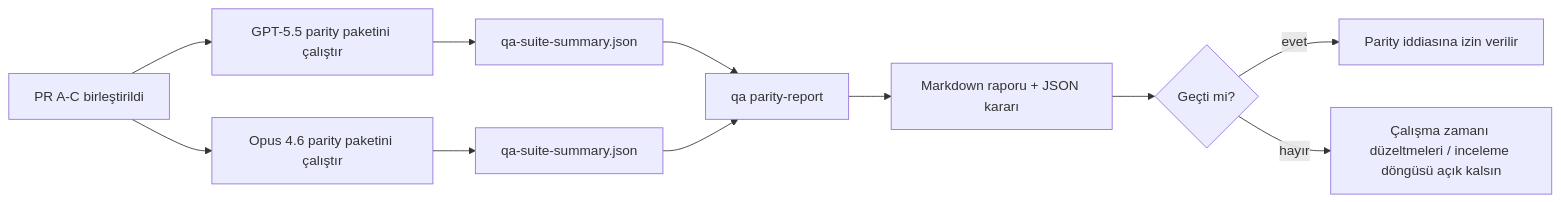
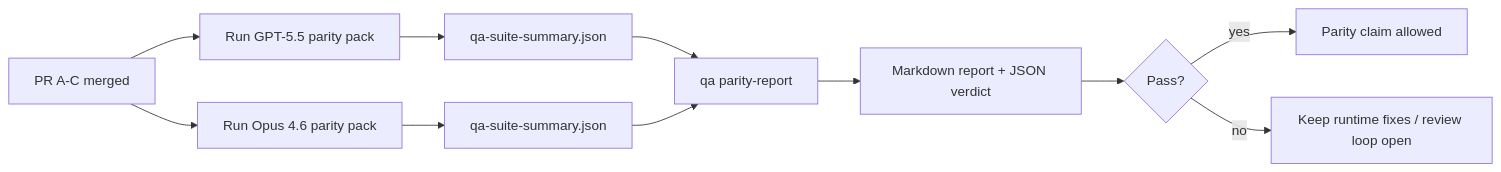
The diagram in docs/tr/help/gpt55-codex-agentic-parity-maintainers.md (openclaw/docs), drawn with Mermaid before and after one commit. The commit also changed other lines of this file and 225 other files, not shown here.

````diff
--- a/docs/tr/help/gpt55-codex-agentic-parity-maintainers.md
+++ b/docs/tr/help/gpt55-codex-agentic-parity-maintainers.md
@@ -140,13 +140,13 @@
 ```mermaid
 flowchart LR
-    A["PR A-C birleştirildi"] --> B["GPT-5.5 parity paketini çalıştır"]
-    A --> C["Opus 4.6 parity paketini çalıştır"]
+    A["PR A-C merged"] --> B["Run GPT-5.5 parity pack"]
+    A --> C["Run Opus 4.6 parity pack"]
     B --> D["qa-suite-summary.json"]
     C --> E["qa-suite-summary.json"]
     D --> F["qa parity-report"]
     E --> F
-    F --> G["Markdown raporu + JSON kararı"]
-    G --> H{"Geçti mi?"}
-    H -- "evet" --> I["Parity iddiasına izin verilir"]
-    H -- "hayır" --> J["Çalışma zamanı düzeltmeleri / inceleme döngüsü açık kalsın"]
+    F --> G["Markdown report + JSON verdict"]
+    G --> H{"Pass?"}
+    H -- "yes" --> I["Parity claim allowed"]
+    H -- "no" --> J["Keep runtime fixes / review loop open"]
 ```
````
